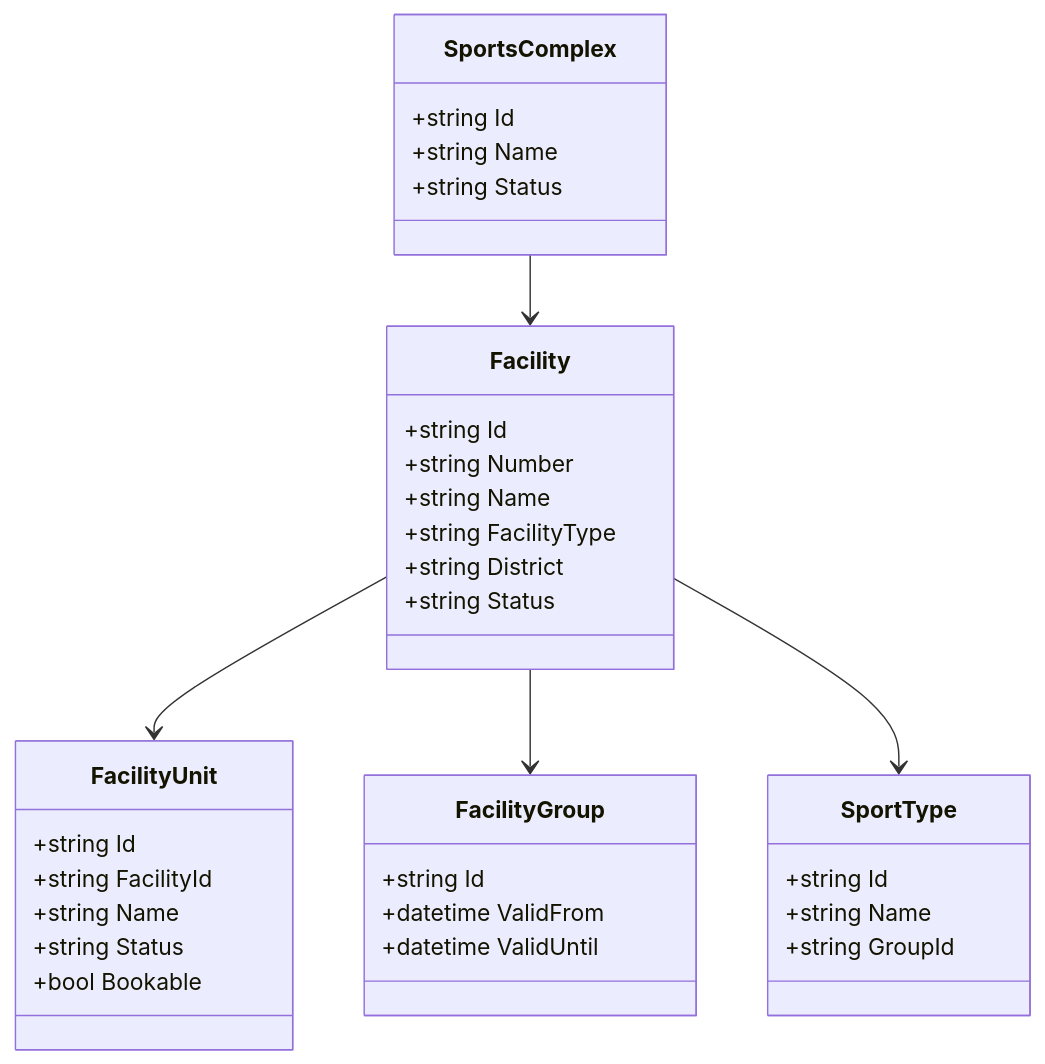
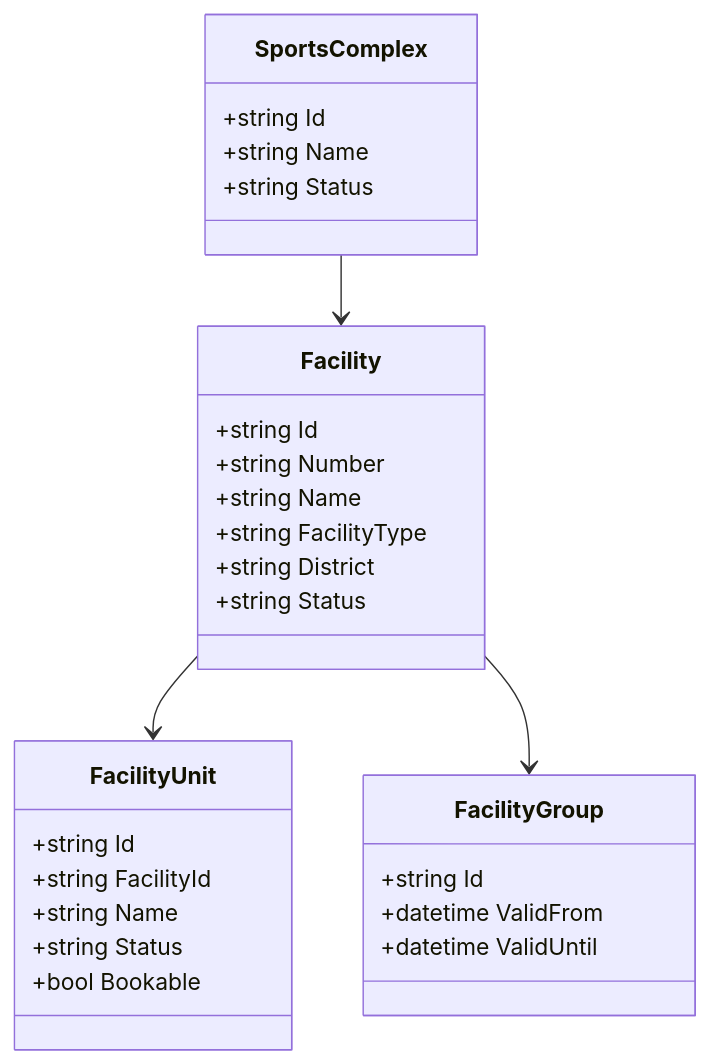
The first of 4 diagrams in 03_Domaenen/Facility.md (seilfitz/Projekthandbuch), drawn with Mermaid before and after one commit. The commit also changed other lines of this file, not shown here.

Commit message:
docs: Facility-Domaene korrigieren Sportartenbezug

````diff
--- a/03_Domaenen/Facility.md
+++ b/03_Domaenen/Facility.md
@@ -244,42 +301,35 @@
 ```mermaid
 classDiagram
     class SportsComplex {
       +string Id
       +string Name
       +string Status
     }
 
     class Facility {
       +string Id
       +string Number
       +string Name
       +string FacilityType
       +string District
       +string Status
     }
 
     class FacilityUnit {
       +string Id
       +string FacilityId
       +string Name
       +string Status
       +bool Bookable
     }
 
     class FacilityGroup {
       +string Id
       +datetime ValidFrom
       +datetime ValidUntil
     }
 
-    class SportType {
-      +string Id
-      +string Name
-      +string GroupId
-    }
-
     SportsComplex --> Facility
     Facility --> FacilityUnit
     Facility --> FacilityGroup
-    Facility --> SportType
 ```
````
